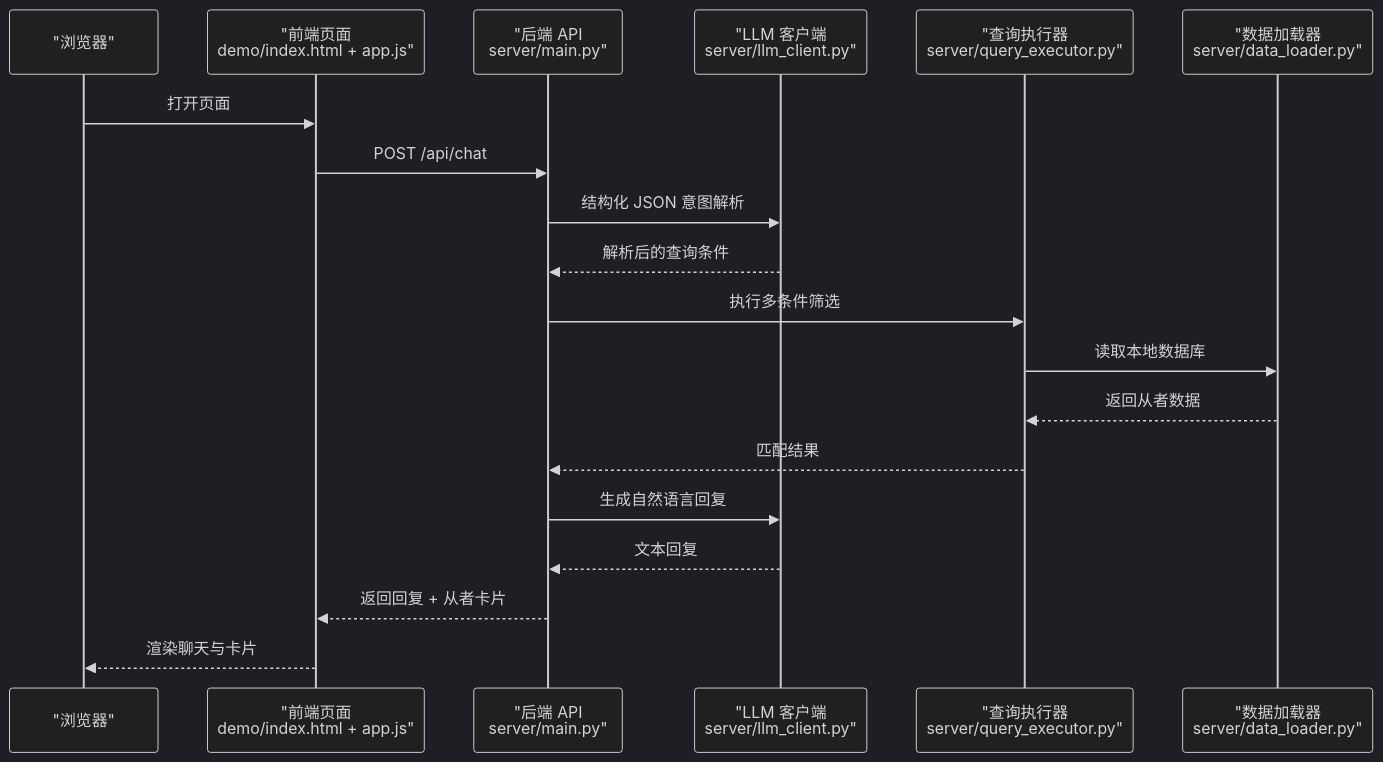
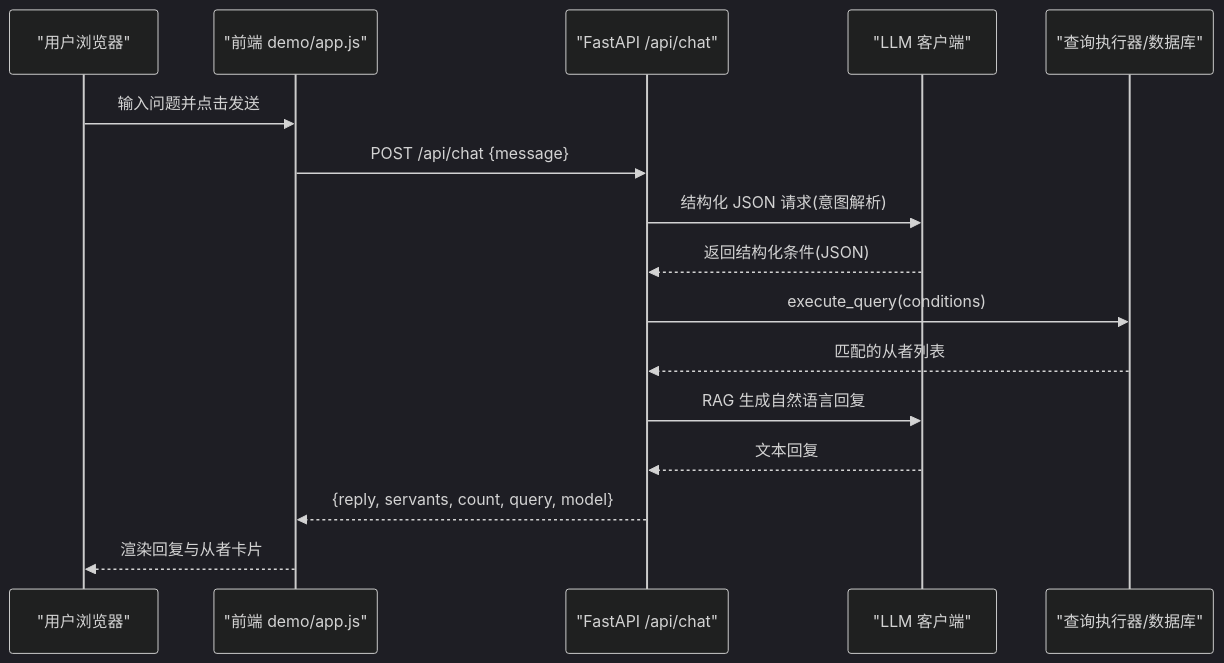
One commit to kanoha222/Laplace changed the second of 9 diagrams in .qoder/repowiki/zh/content/快速开始.md. Above: the diagram before and after it, drawn with Mermaid (dark theme). The commit also changed other lines of this file and 54 other files, not shown here.

````diff
--- a/.qoder/repowiki/zh/content/快速开始.md
+++ b/.qoder/repowiki/zh/content/快速开始.md
@@ -111,21 +125,18 @@
 ```mermaid
 sequenceDiagram
-participant Browser as "浏览器"
-participant Frontend as "前端页面<br/>demo/index.html + app.js"
-participant API as "后端 API<br/>server/main.py"
-participant LLM as "LLM 客户端<br/>server/llm_client.py"
-participant DB as "查询执行器<br/>server/query_executor.py"
-participant Loader as "数据加载器<br/>server/data_loader.py"
-Browser->>Frontend : 打开页面
-Frontend->>API : POST /api/chat
-API->>LLM : 结构化 JSON 意图解析
-LLM-->>API : 解析后的查询条件
-API->>DB : 执行多条件筛选
-DB->>Loader : 读取本地数据库
-Loader-->>DB : 返回从者数据
-DB-->>API : 匹配结果
-API->>LLM : 生成自然语言回复
+participant U as "用户浏览器"
+participant FE as "前端 demo/app.js"
+participant API as "FastAPI /api/chat"
+participant LLM as "LLM 客户端"
+participant DB as "查询执行器/数据库"
+U->>FE : 输入问题并点击发送
+FE->>API : POST /api/chat {message}
+API->>LLM : 结构化 JSON 请求(意图解析)
+LLM-->>API : 返回结构化条件(JSON)
+API->>DB : execute_query(conditions)
+DB-->>API : 匹配的从者列表
+API->>LLM : RAG 生成自然语言回复
 LLM-->>API : 文本回复
-API-->>Frontend : 返回回复 + 从者卡片
-Frontend-->>Browser : 渲染聊天与卡片
+API-->>FE : {reply, servants, count, query, model}
+FE-->>U : 渲染回复与从者卡片
 ```
````
